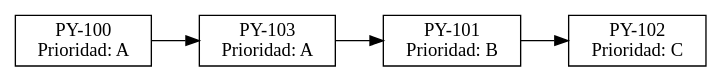
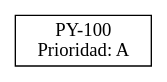
One commit to LuisAntoniokh/2S2023_EDD_PY1_Fase1_a changed the diagram in cola.dot. Above: the diagram before and after it, drawn with Graphviz. The commit also changed 14 other files, not shown here.

```diff
--- a/cola.dot
+++ b/cola.dot
@@ -1,10 +1,4 @@
 digraph G{
  node[shape=box]; rankdir=LR;
     "PY-100" [label="PY-100\nPrioridad: A"];
-    "PY-100" -> "PY-103";
-    "PY-103" [label="PY-103\nPrioridad: A"];
-    "PY-103" -> "PY-101";
-    "PY-101" [label="PY-101\nPrioridad: B"];
-    "PY-101" -> "PY-102";
-    "PY-102" [label="PY-102\nPrioridad: C"];
 }
```
